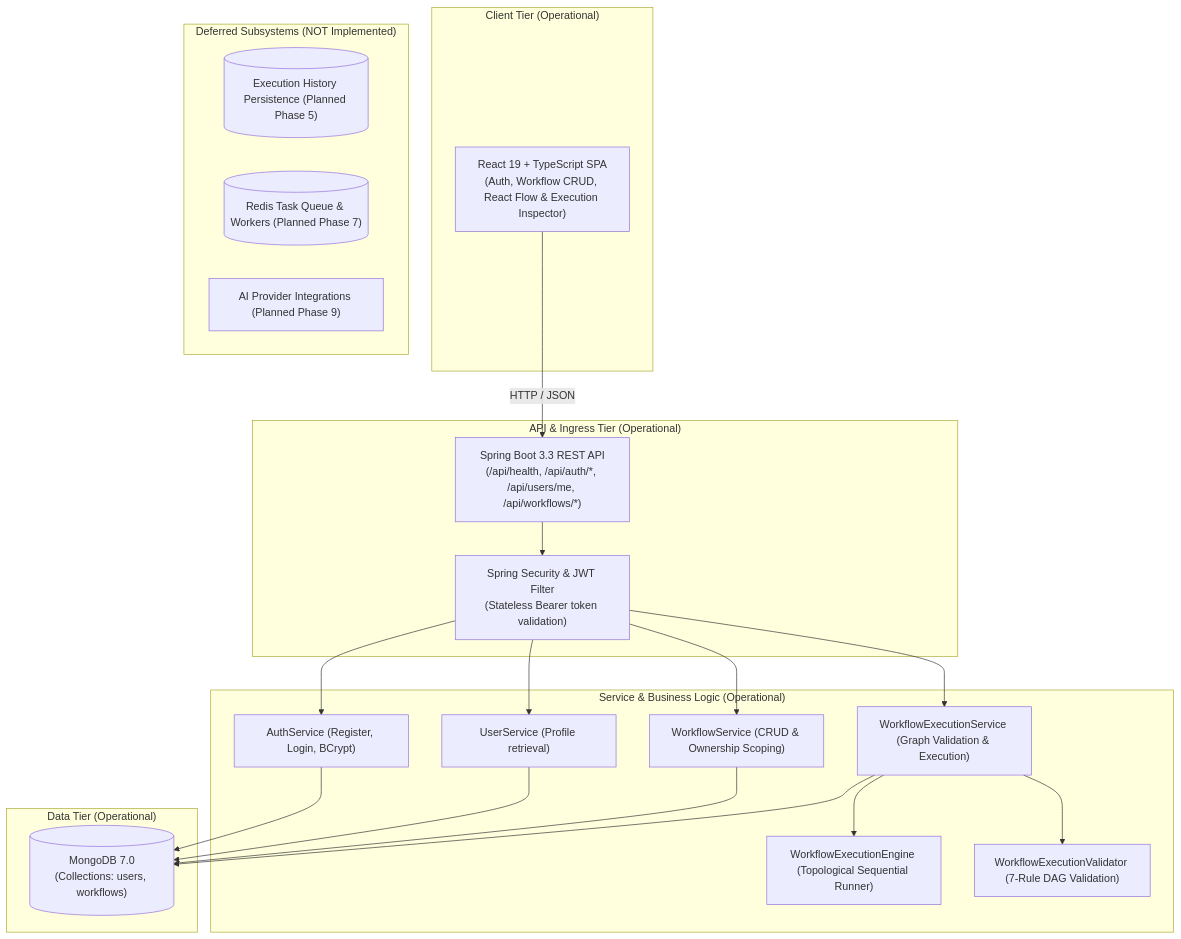
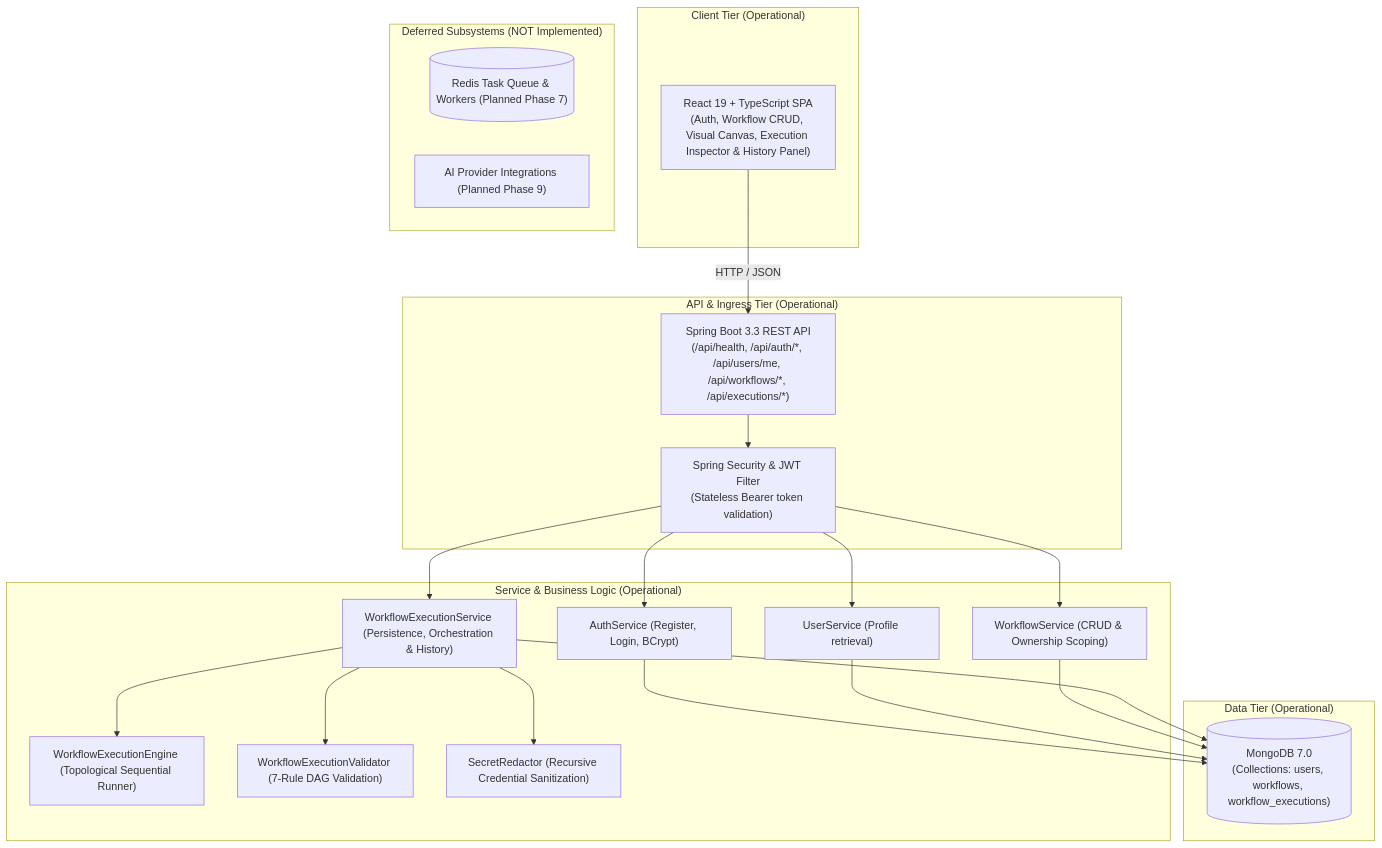
The diagram in ARCHITECTURE.md (abhijeet-rx/Adonis), drawn with Mermaid before and after one commit. The commit also changed other lines of this file and 30 other files, not shown here.

Commit message:
feat: implement phase 5 execution history & logs

````diff
--- a/ARCHITECTURE.md
+++ b/ARCHITECTURE.md
@@ -100,43 +148,44 @@
 ```mermaid
 graph TD
     subgraph Client["Client Tier (Operational)"]
-        UI["React 19 + TypeScript SPA<br/>(Auth, Workflow CRUD, React Flow & Execution Inspector)"]
+        UI["React 19 + TypeScript SPA<br/>(Auth, Workflow CRUD, Visual Canvas, Execution Inspector & History Panel)"]
     end
 
     subgraph Gateway["API & Ingress Tier (Operational)"]
-        API["Spring Boot 3.3 REST API<br/>(/api/health, /api/auth/*, /api/users/me, /api/workflows/*)"]
+        API["Spring Boot 3.3 REST API<br/>(/api/health, /api/auth/*, /api/users/me, /api/workflows/*, /api/executions/*)"]
         AUTH["Spring Security & JWT Filter<br/>(Stateless Bearer token validation)"]
     end
 
     subgraph ServiceLayer["Service & Business Logic (Operational)"]
         AUTH_SVC["AuthService (Register, Login, BCrypt)"]
         USER_SVC["UserService (Profile retrieval)"]
         WF_SVC["WorkflowService (CRUD & Ownership Scoping)"]
-        EXEC_SVC["WorkflowExecutionService (Graph Validation & Execution)"]
+        EXEC_SVC["WorkflowExecutionService (Persistence, Orchestration & History)"]
         ENGINE["WorkflowExecutionEngine (Topological Sequential Runner)"]
         VALIDATOR["WorkflowExecutionValidator (7-Rule DAG Validation)"]
+        REDACTOR["SecretRedactor (Recursive Credential Sanitization)"]
     end
 
     subgraph Storage["Data Tier (Operational)"]
-        MONGO[("MongoDB 7.0<br/>(Collections: users, workflows)")]
+        MONGO[("MongoDB 7.0<br/>(Collections: users, workflows, workflow_executions)")]
     end
 
     subgraph Deferred["Deferred Subsystems (NOT Implemented)"]
-        HISTORY[("Execution History Persistence (Planned Phase 5)")]
         REDIS[("Redis Task Queue & Workers (Planned Phase 7)")]
         AI["AI Provider Integrations (Planned Phase 9)"]
     end
 
     UI -->|HTTP / JSON| API
     API --> AUTH
     AUTH --> AUTH_SVC
     AUTH --> USER_SVC
     AUTH --> WF_SVC
     AUTH --> EXEC_SVC
     EXEC_SVC --> VALIDATOR
     EXEC_SVC --> ENGINE
+    EXEC_SVC --> REDACTOR
     AUTH_SVC --> MONGO
     USER_SVC --> MONGO
     WF_SVC --> MONGO
     EXEC_SVC --> MONGO
 ```
````
